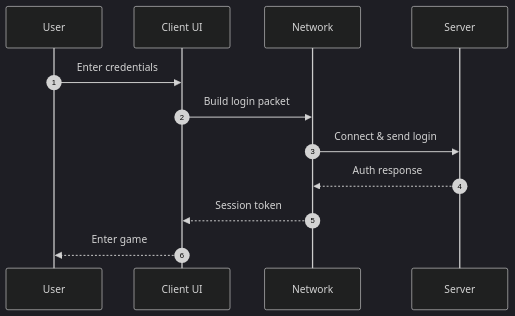
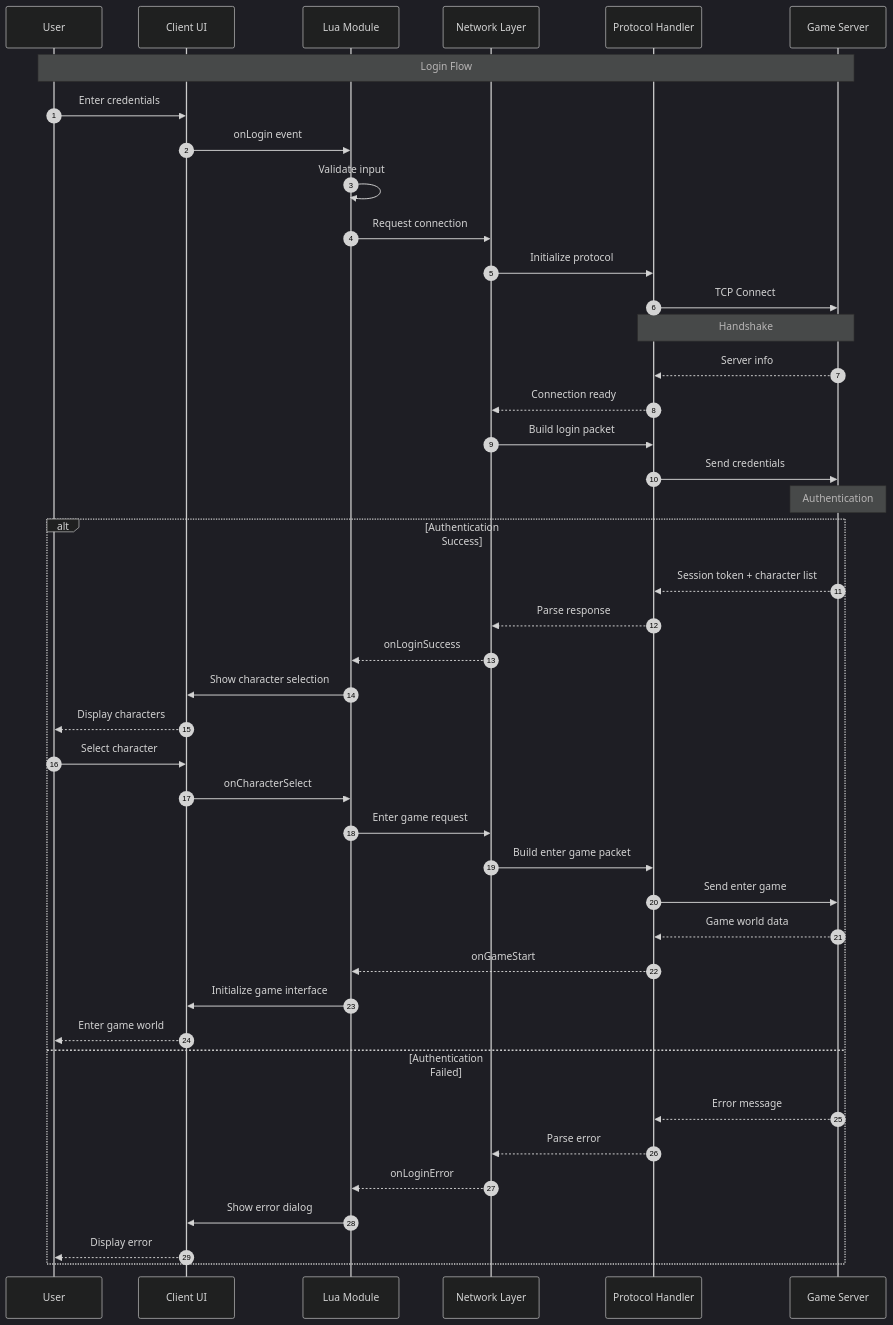
One commit to lukaszj321/otcv8-dev changed the diagram in docs/authoring/_sources/diagrams/login_sequence.mmd. Above: the diagram before and after it, drawn with Mermaid. The commit also changed 235 other files, not shown here.

Commit message:
docs: enhance Mermaid diagrams with dark theme and rich structure

```diff
--- a/docs/authoring/_sources/diagrams/login_sequence.mmd
+++ b/docs/authoring/_sources/diagrams/login_sequence.mmd
@@ -1,13 +1,53 @@
-%%{init: { 'theme': 'dark', 'themeVariables': { 'primaryTextColor': '#ddd', 'lineColor': '#9aa0a6' } }}%%
+%%{init: {'theme':'dark','themeVariables': {'primaryTextColor':'#ddd','lineColor':'#9aa0a6'},'securityLevel':'loose'}}%%
 sequenceDiagram
-  autonumber
-  participant U as User
-  participant UI as Client UI
-  participant NET as Network
-  participant S as Server
-  U->>UI: Enter credentials
-  UI->>NET: Build login packet
-  NET->>S: Connect & send login
-  S-->>NET: Auth response
-  NET-->>UI: Session token
-  UI-->>U: Enter game
+    autonumber
+    participant U as User
+    participant UI as Client UI
+    participant LUA as Lua Module
+    participant NET as Network Layer
+    participant PROTO as Protocol Handler
+    participant S as Game Server
+    
+    Note over U,S: Login Flow
+    
+    U->>UI: Enter credentials
+    UI->>LUA: onLogin event
+    LUA->>LUA: Validate input
+    
+    LUA->>NET: Request connection
+    NET->>PROTO: Initialize protocol
+    PROTO->>S: TCP Connect
+    
+    Note over PROTO,S: Handshake
+    
+    S-->>PROTO: Server info
+    PROTO-->>NET: Connection ready
+    
+    NET->>PROTO: Build login packet
+    PROTO->>S: Send credentials
+    
+    Note over S: Authentication
+    
+    alt Authentication Success
+        S-->>PROTO: Session token + character list
+        PROTO-->>NET: Parse response
+        NET-->>LUA: onLoginSuccess
+        LUA->>UI: Show character selection
+        UI-->>U: Display characters
+        
+        U->>UI: Select character
+        UI->>LUA: onCharacterSelect
+        LUA->>NET: Enter game request
+        NET->>PROTO: Build enter game packet
+        PROTO->>S: Send enter game
+        S-->>PROTO: Game world data
+        PROTO-->>LUA: onGameStart
+        LUA->>UI: Initialize game interface
+        UI-->>U: Enter game world
+    else Authentication Failed
+        S-->>PROTO: Error message
+        PROTO-->>NET: Parse error
+        NET-->>LUA: onLoginError
+        LUA->>UI: Show error dialog
+        UI-->>U: Display error
+    end
```
